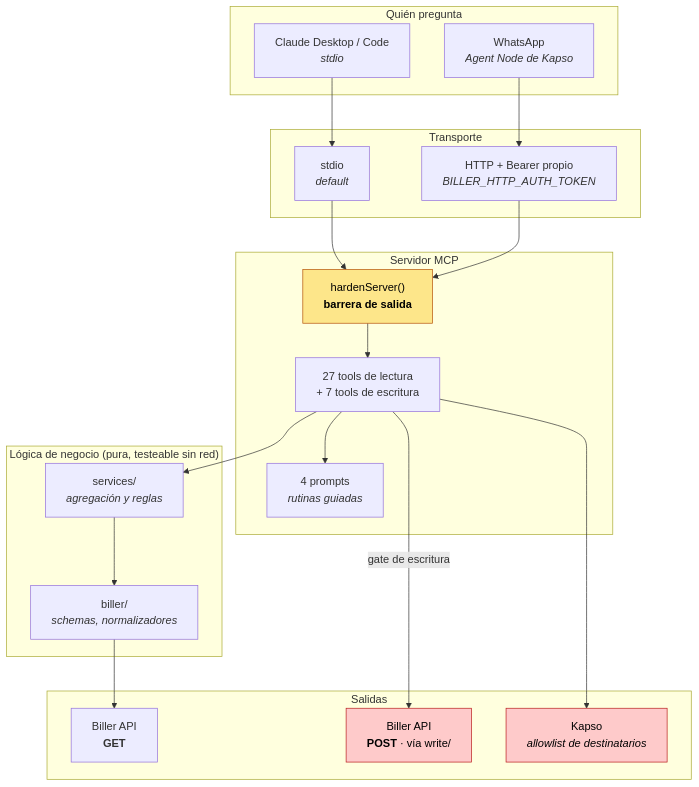
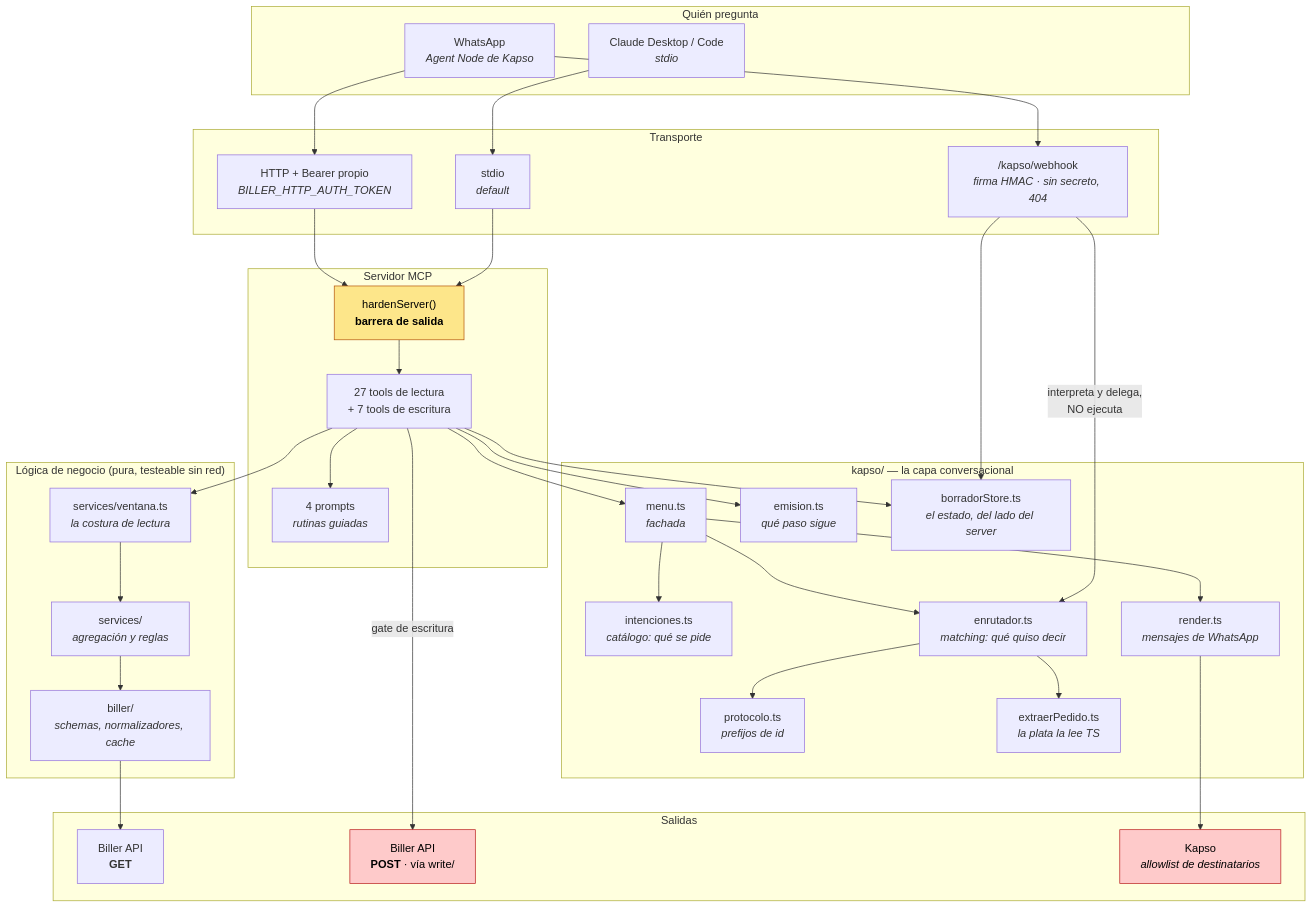
Before and after one commit to MateoFabregat/MCP_Biller: the first of 7 diagrams in docs/ARQUITECTURA.md, drawn with Mermaid. The commit also changed other lines of this file and 5 other files, not shown here.

````diff
--- a/docs/ARQUITECTURA.md
+++ b/docs/ARQUITECTURA.md
@@ -14,45 +14,70 @@
 ```mermaid
 flowchart TB
     subgraph clientes["Quién pregunta"]
         CD["Claude Desktop / Code<br/><i>stdio</i>"]
         WA["WhatsApp<br/><i>Agent Node de Kapso</i>"]
     end
 
     subgraph transporte["Transporte"]
         STDIO["stdio<br/><i>default</i>"]
         HTTP["HTTP + Bearer propio<br/><i>BILLER_HTTP_AUTH_TOKEN</i>"]
+        WH["/kapso/webhook<br/><i>firma HMAC · sin secreto, 404</i>"]
     end
 
     subgraph server["Servidor MCP"]
         HARDEN["hardenServer()<br/><b>barrera de salida</b>"]
         TOOLS["27 tools de lectura<br/>+ 7 tools de escritura"]
         PROMPTS["4 prompts<br/><i>rutinas guiadas</i>"]
     end
 
+    subgraph conversacion["kapso/ — la capa conversacional"]
+        MENU["menu.ts<br/><i>fachada</i>"]
+        INTENC["intenciones.ts<br/><i>catálogo: qué se pide</i>"]
+        ENRUT["enrutador.ts<br/><i>matching: qué quiso decir</i>"]
+        RENDER["render.ts<br/><i>mensajes de WhatsApp</i>"]
+        PROTO["protocolo.ts<br/><i>prefijos de id</i>"]
+        EXTRAE["extraerPedido.ts<br/><i>la plata la lee TS</i>"]
+        EMIS["emision.ts<br/><i>qué paso sigue</i>"]
+        BORR["borradorStore.ts<br/><i>el estado, del lado del server</i>"]
+    end
+
     subgraph logica["Lógica de negocio (pura, testeable sin red)"]
         SERV["services/<br/><i>agregación y reglas</i>"]
-        SCHEMA["biller/<br/><i>schemas, normalizadores</i>"]
+        VENT["services/ventana.ts<br/><i>la costura de lectura</i>"]
+        SCHEMA["biller/<br/><i>schemas, normalizadores, cache</i>"]
     end
 
     subgraph salida["Salidas"]
         GET["Biller API<br/><b>GET</b>"]
         POST["Biller API<br/><b>POST</b> · vía write/"]
         KAPSO["Kapso<br/><i>allowlist de destinatarios</i>"]
     end
 
     CD --> STDIO
     WA --> HTTP
+    WA --> WH
     STDIO --> HARDEN
     HTTP --> HARDEN
+    WH -- "interpreta y delega,<br/>NO ejecuta" --> ENRUT
+    WH --> BORR
     HARDEN --> TOOLS
     TOOLS --> PROMPTS
-    TOOLS --> SERV
+    TOOLS --> MENU
+    MENU --> INTENC
+    MENU --> ENRUT
+    MENU --> RENDER
+    ENRUT --> PROTO
+    ENRUT --> EXTRAE
+    TOOLS --> EMIS
+    TOOLS --> BORR
+    TOOLS --> VENT
+    VENT --> SERV
     SERV --> SCHEMA
     SCHEMA --> GET
     TOOLS -- "gate de escritura" --> POST
-    TOOLS --> KAPSO
+    RENDER --> KAPSO
 
     style HARDEN fill:#fde68a,stroke:#b45309,color:#000
     style POST fill:#fecaca,stroke:#b91c1c,color:#000
     style KAPSO fill:#fecaca,stroke:#b91c1c,color:#000
 ```
````
